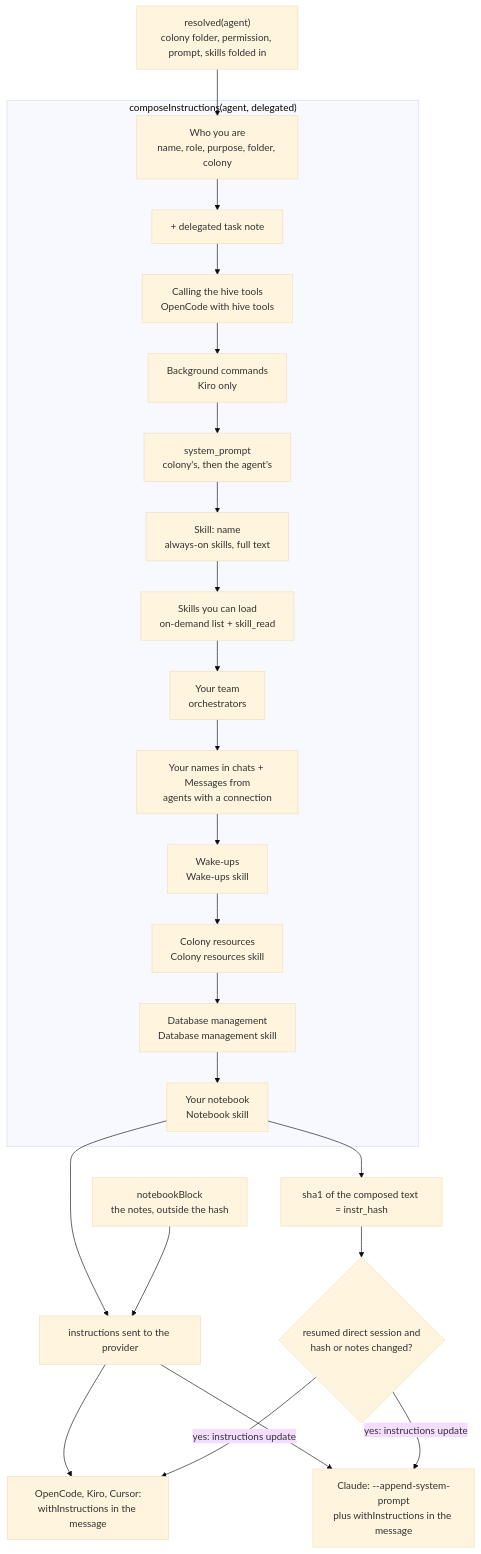
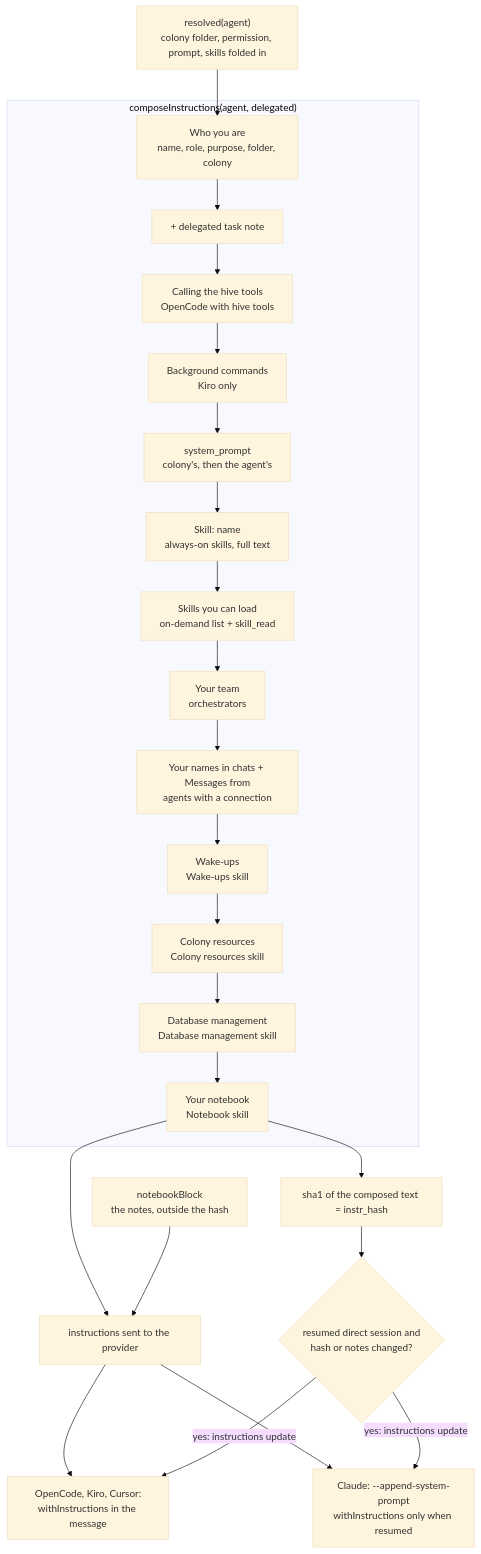
The diagram in docs/diagrams/en/03-effective-prompt.md (hughcbscrt/hive-am), drawn with Mermaid (base theme) before and after one commit. The commit also changed other lines of this file and 10 other files, not shown here.

First line of the commit message:
fix: send Claude its instructions once in a new session (#73)

````diff
--- a/docs/diagrams/en/03-effective-prompt.md
+++ b/docs/diagrams/en/03-effective-prompt.md
@@ -13,35 +13,35 @@
 ```mermaid
 flowchart TB
   res["resolved(agent)<br/>colony folder, permission, prompt, skills folded in"]
   subgraph compose["composeInstructions(agent, delegated)"]
     id["Who you are<br/>name, role, purpose, folder, colony"]
     del["+ delegated task note"]
     oc["Calling the hive tools<br/>OpenCode with hive tools"]
     kiro["Background commands<br/>Kiro only"]
     sp["system_prompt<br/>colony's, then the agent's"]
     always["Skill: name<br/>always-on skills, full text"]
     lazy["Skills you can load<br/>on-demand list + skill_read"]
     team["Your team<br/>orchestrators"]
     chan["Your names in chats + Messages from<br/>agents with a connection"]
     wake["Wake-ups<br/>Wake-ups skill"]
     objs["Colony resources<br/>Colony resources skill"]
     dbs["Database management<br/>Database management skill"]
     nb["Your notebook<br/>Notebook skill"]
   end
   hash["sha1 of the composed text = instr_hash"]
   notes["notebookBlock<br/>the notes, outside the hash"]
   full["instructions sent to the provider"]
   refresh{"resumed direct session and<br/>hash or notes changed?"}
-  claude["Claude: --append-system-prompt<br/>plus withInstructions in the message"]
+  claude["Claude: --append-system-prompt<br/>withInstructions only when resumed"]
   others["OpenCode, Kiro, Cursor:<br/>withInstructions in the message"]
 
   res --> id --> del --> oc --> kiro --> sp --> always --> lazy --> team --> chan --> wake --> objs --> dbs --> nb
   nb --> hash
   nb --> full
   notes --> full
   hash --> refresh
   full --> claude
   full --> others
   refresh -->|"yes: instructions update"| others
   refresh -->|"yes: instructions update"| claude
 ```
````
